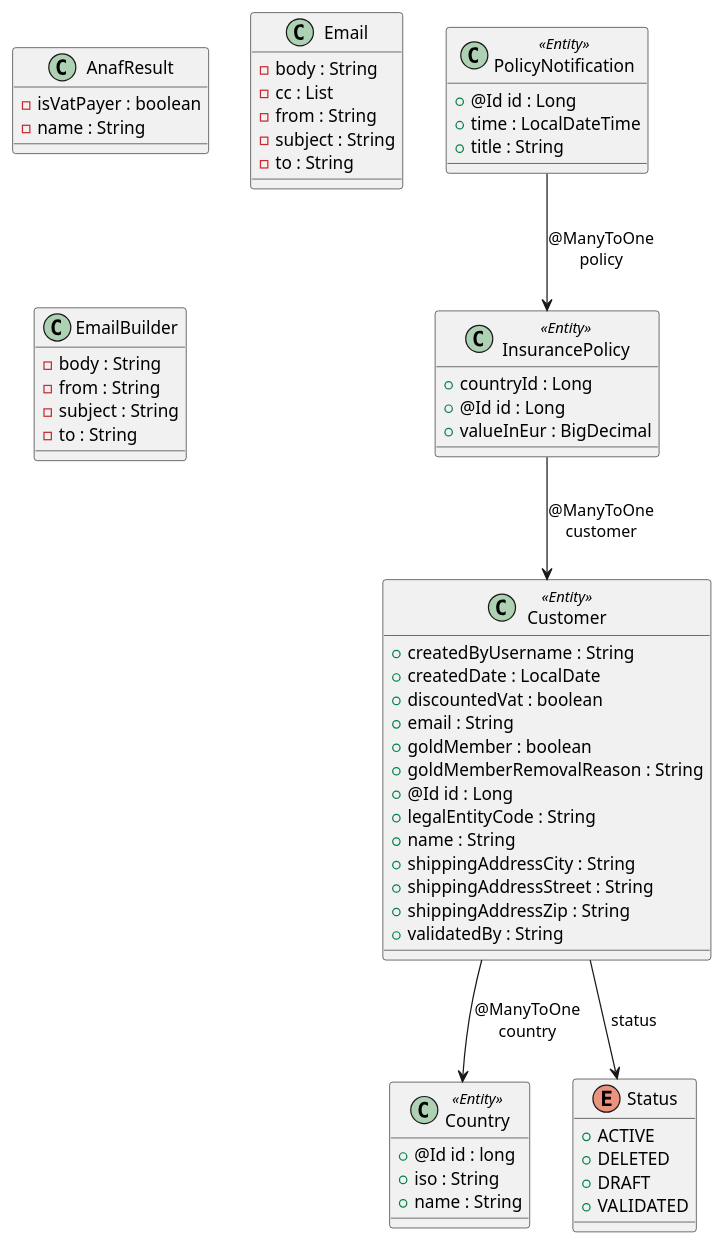
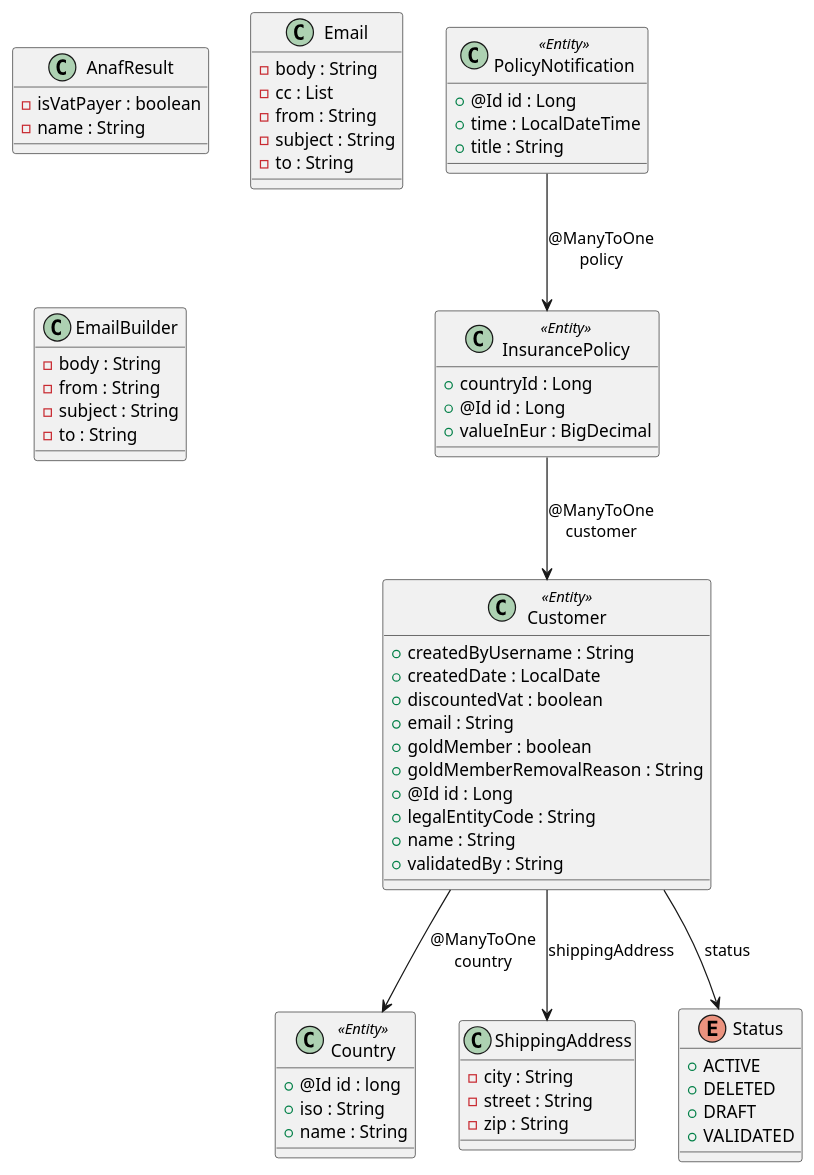
One commit to victorrentea/clean-architecture changed the diagram in clean-application/domain.puml. Above: the diagram before and after it, drawn with PlantUML. The commit also changed 4 other files, not shown here.

```diff
--- a/clean-application/domain.puml
+++ b/clean-application/domain.puml
@@ -1,80 +1,85 @@
 @startuml
 
 class AnafResult {
 	{field} -isVatPayer : boolean
 	{field} -name : String
 }
 
 
 class Country <<Entity>>  {
 	{field} +@Id id : long
 	{field} +iso : String
 	{field} +name : String
 }
 
 
 class Customer <<Entity>>  {
 	{field} +createdByUsername : String
 	{field} +createdDate : LocalDate
 	{field} +discountedVat : boolean
 	{field} +email : String
 	{field} +goldMember : boolean
 	{field} +goldMemberRemovalReason : String
 	{field} +@Id id : Long
 	{field} +legalEntityCode : String
 	{field} +name : String
-	{field} +shippingAddressCity : String
-	{field} +shippingAddressStreet : String
-	{field} +shippingAddressZip : String
 	{field} +validatedBy : String
 }
 
 
 class Email {
 	{field} -body : String
 	{field} -cc : List
 	{field} -from : String
 	{field} -subject : String
 	{field} -to : String
 }
 
 
 class EmailBuilder {
 	{field} -body : String
 	{field} -from : String
 	{field} -subject : String
 	{field} -to : String
 }
 
 
 class InsurancePolicy <<Entity>>  {
 	{field} +countryId : Long
 	{field} +@Id id : Long
 	{field} +valueInEur : BigDecimal
 }
 
 
 class PolicyNotification <<Entity>>  {
 	{field} +@Id id : Long
 	{field} +time : LocalDateTime
 	{field} +title : String
 }
 
 
+class ShippingAddress {
+	{field} -city : String
+	{field} -street : String
+	{field} -zip : String
+}
+
+
 enum Status {
 	{field} +ACTIVE
 	{field} +DELETED
 	{field} +DRAFT
 	{field} +VALIDATED
 }
 
 
 
 
 Customer -->  Country :  @ManyToOne\ncountry
+Customer -->  ShippingAddress : shippingAddress
 Customer -->  Status : status
 InsurancePolicy -->  Customer :  @ManyToOne\ncustomer
 PolicyNotification -->  InsurancePolicy :  @ManyToOne\npolicy
 
 
 @enduml
```
